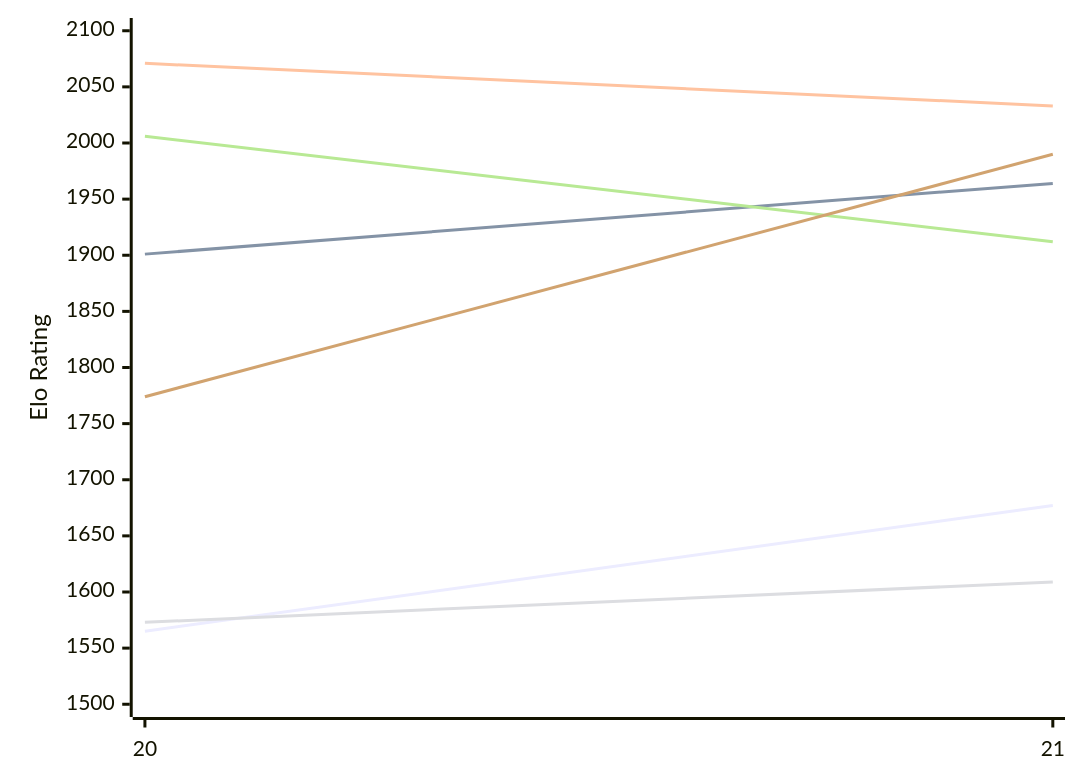
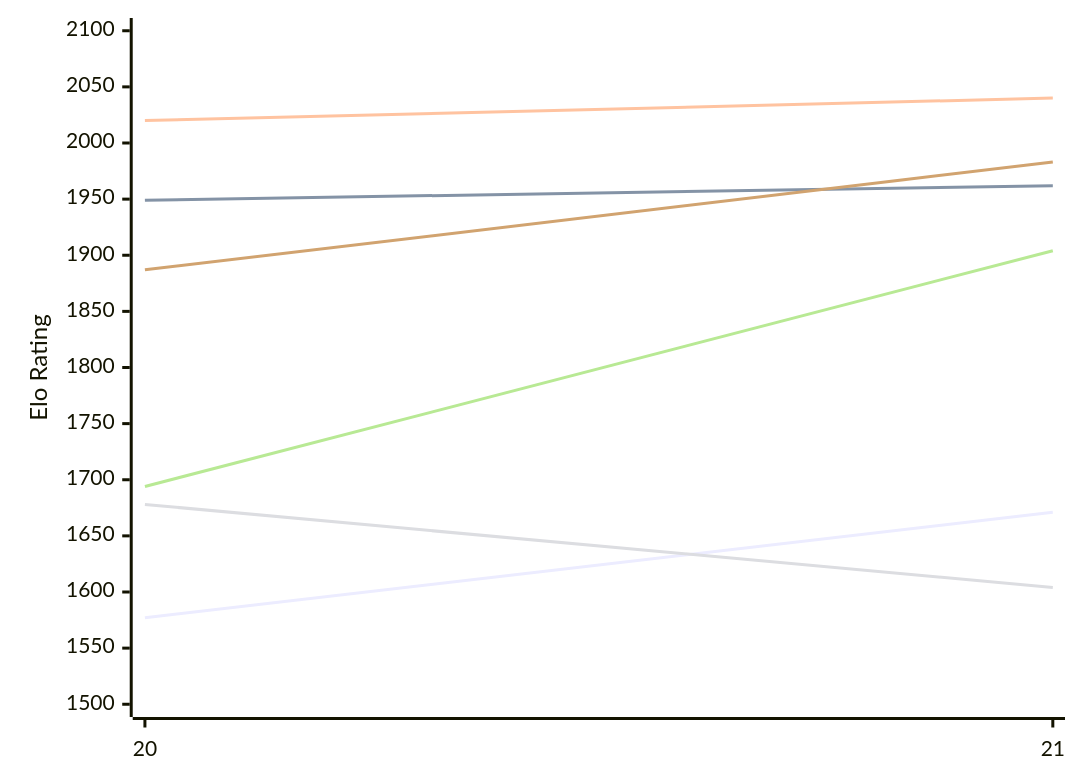
Before and after one commit to computer-chess-index/cci: the first of 2 diagrams in engines/PurplePanda.md, drawn with Mermaid. The commit also changed other lines of this file, not shown here.

Commit message:
Update CCI Ratings (ELO VLTC) - 2026-11-14

````diff
--- a/engines/PurplePanda.md
+++ b/engines/PurplePanda.md
@@ -50,12 +50,12 @@
 ```mermaid
 %%{init: {"theme":"base","themeVariables":{"seriesColors:['#a3a3a3','#222221','#faa371']}}}%%
 xychart-beta
   x-axis ["20", "21"]
   y-axis "Elo Rating" 1500 --> 2100
-  line "E1: STC (8.0+0.08s)" [1565, 1677]
-  line "E1: LTC (60.0+0.60s)" [1901, 1964]
-  line "E1: VLTC (2m24s+1.12s)" [2071, 2033]
-  line "P1: STC (8.0+0.08s)" [1573, 1609]
-  line "P1: LTC (60.0+0.60s)" [2006, 1912]
-  line "P1: VLTC (2m24s+1.12s)" [1774, 1990]
+  line "E1: STC (8.0+0.08s)" [1577, 1671]
+  line "E1: LTC (60.0+0.60s)" [1949, 1962]
+  line "E1: VLTC (2m24s+1.12s)" [2020, 2040]
+  line "P1: STC (8.0+0.08s)" [1678, 1604]
+  line "P1: LTC (60.0+0.60s)" [1694, 1904]
+  line "P1: VLTC (2m24s+1.12s)" [1887, 1983]
 ```
````
